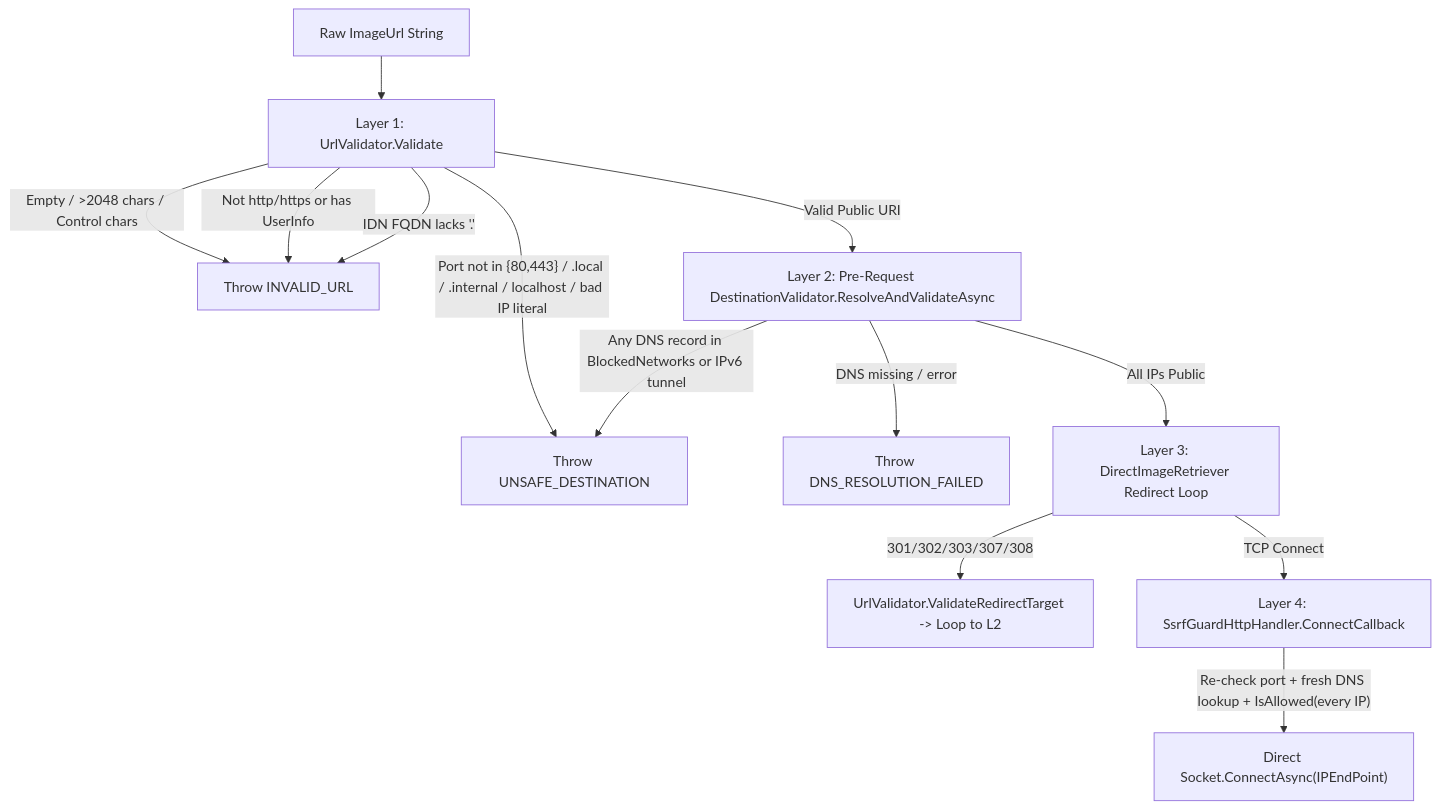
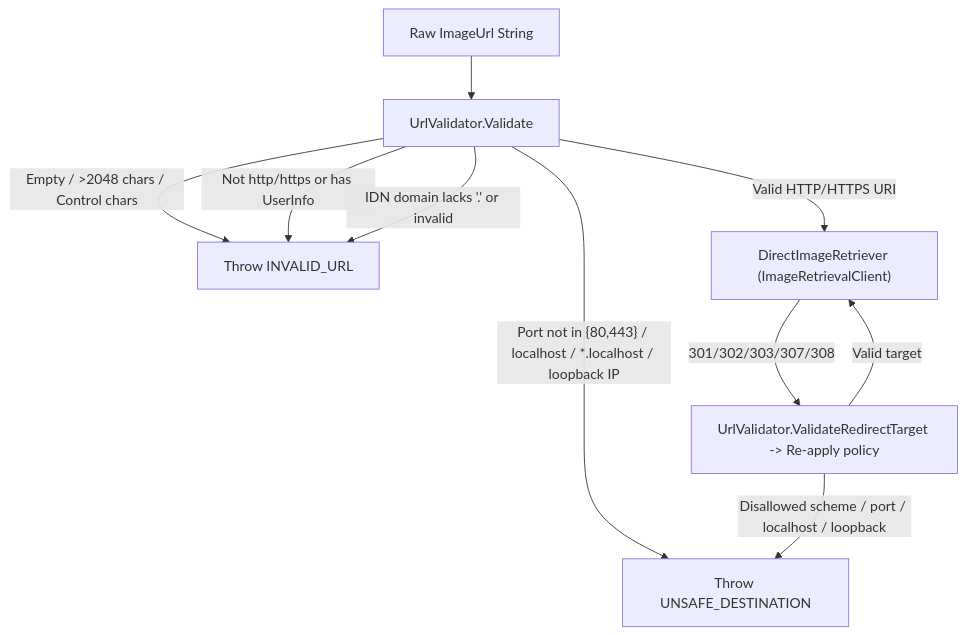
The fourth of 20 diagrams in docs/project-learning/01-complete-architecture-and-learning-guide.md (Suhas2609/URL-to-Image), drawn with Mermaid before and after one commit. The commit also changed other lines of this file and 26 other files, not shown here.

````diff
--- a/docs/project-learning/01-complete-architecture-and-learning-guide.md
+++ b/docs/project-learning/01-complete-architecture-and-learning-guide.md
@@ -321,15 +320,12 @@
 ```mermaid
 flowchart TD
-    Raw["Raw ImageUrl String"] --> L1["Layer 1: UrlValidator.Validate"]
+    Raw["Raw ImageUrl String"] --> L1["UrlValidator.Validate"]
     L1 -->|"Empty / >2048 chars / Control chars"| FailUrl["Throw INVALID_URL"]
     L1 -->|"Not http/https or has UserInfo"| FailUrl
-    L1 -->|"Port not in {80,443} / .local / .internal / localhost / bad IP literal"| FailSsrf["Throw UNSAFE_DESTINATION"]
-    L1 -->|"IDN FQDN lacks '.'"| FailUrl
-    L1 -->|"Valid Public URI"| L2["Layer 2: Pre-Request DestinationValidator.ResolveAndValidateAsync"]
-    L2 -->|"Any DNS record in BlockedNetworks or IPv6 tunnel"| FailSsrf
-    L2 -->|"DNS missing / error"| FailDns["Throw DNS_RESOLUTION_FAILED"]
-    L2 -->|"All IPs Public"| L3["Layer 3: DirectImageRetriever Redirect Loop"]
-    L3 -->|"301/302/303/307/308"| RedirVal["UrlValidator.ValidateRedirectTarget -> Loop to L2"]
-    L3 -->|"TCP Connect"| L4["Layer 4: SsrfGuardHttpHandler.ConnectCallback"]
-    L4 -->|"Re-check port + fresh DNS lookup + IsAllowed(every IP)"| SocketConnect["Direct Socket.ConnectAsync(IPEndPoint)"]
+    L1 -->|"Port not in {80,443} / localhost / *.localhost / loopback IP"| FailUnsafe["Throw UNSAFE_DESTINATION"]
+    L1 -->|"IDN domain lacks '.' or invalid"| FailUrl
+    L1 -->|"Valid HTTP/HTTPS URI"| L2["DirectImageRetriever (ImageRetrievalClient)"]
+    L2 -->|"301/302/303/307/308"| RedirVal["UrlValidator.ValidateRedirectTarget -> Re-apply policy"]
+    RedirVal -->|"Disallowed scheme / port / localhost / loopback"| FailUnsafe
+    RedirVal -->|"Valid target"| L2
 ```
````
